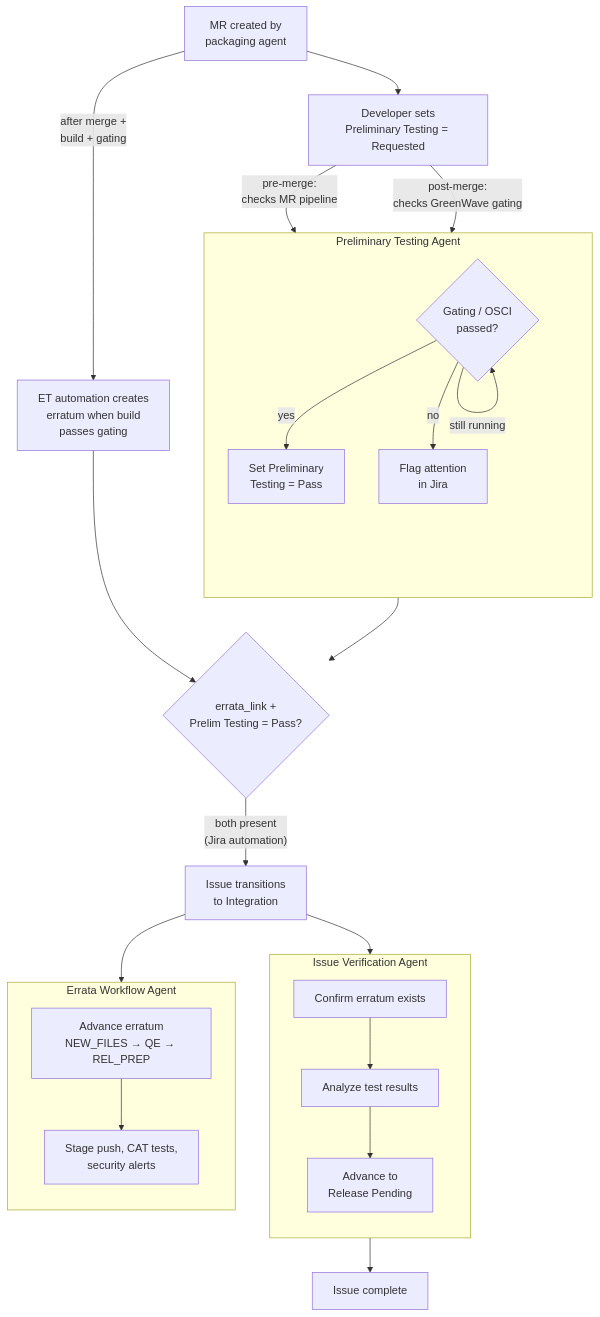
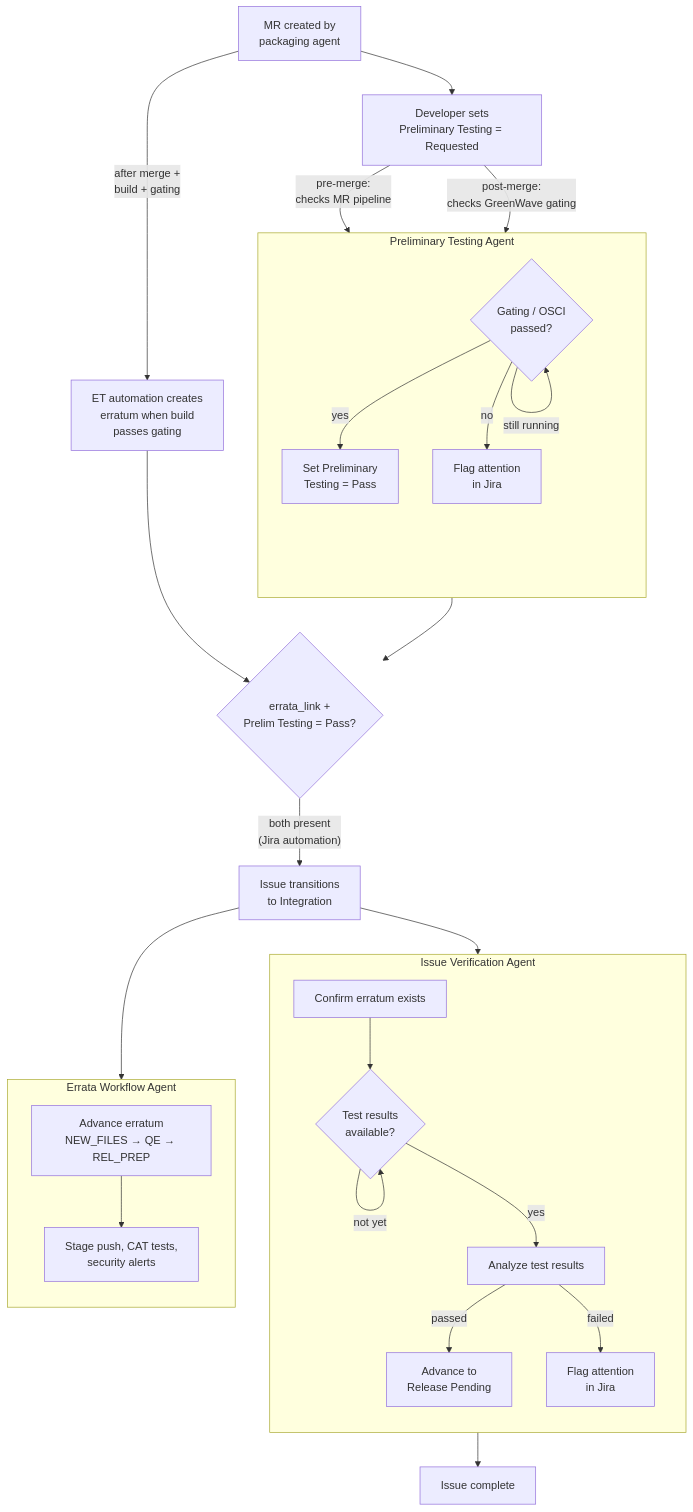
One commit to packit/ai-workflows changed the first of 2 diagrams in docs/qe-agents-overview.md. Above: the diagram before and after it, drawn with Mermaid. The commit also changed other lines of this file, not shown here.

Commit message:
Apply suggestions from review
- Add decision/waiting loop to Issue Verification diagram (matches
  Preliminary Testing structure — both check results, wait, branch)
- Remove erratum ownership check from gaps and agent fixes (Jotnar
  pilot artifact, no longer needed)
- Fix Preliminary Testing table: sets Pass or flags attention, not Fail

````diff
--- a/docs/qe-agents-overview.md
+++ b/docs/qe-agents-overview.md
@@ -27,47 +27,53 @@
 ```mermaid
 flowchart TD
     MR["MR created by\npackaging agent"]
     Requested["Developer sets\nPreliminary Testing = Requested"]
 
     MR --> Requested
 
     subgraph PTA["Preliminary Testing Agent"]
         direction TB
         PTA_Check{"Gating / OSCI\npassed?"}
         PTA_Pass["Set Preliminary\nTesting = Pass"]
         PTA_Fail["Flag attention\nin Jira"]
     end
 
     Requested -->|"pre-merge:\nchecks MR pipeline"| PTA_Check
     Requested -->|"post-merge:\nchecks GreenWave gating"| PTA_Check
     PTA_Check -->|"yes"| PTA_Pass
     PTA_Check -->|"no"| PTA_Fail
     PTA_Check -->|"still running"| PTA_Check
 
     ETAutomation["ET automation creates\nerratum when build\npasses gating"]
     MR -->|"after merge +\nbuild + gating"| ETAutomation
 
     PTA_Pass --> Transition{"errata_link +\nPrelim Testing = Pass?"}
     ETAutomation --> Transition
     Transition -->|"both present\n(Jira automation)"| Integration["Issue transitions\nto Integration"]
 
     subgraph IVA["Issue Verification Agent"]
         direction TB
         IVA_Errata["Confirm erratum exists"]
+        IVA_Check{"Test results\navailable?"}
         IVA_Tests["Analyze test results"]
         IVA_Done["Advance to\nRelease Pending"]
-        IVA_Errata --> IVA_Tests --> IVA_Done
+        IVA_Fail["Flag attention\nin Jira"]
+        IVA_Errata --> IVA_Check
+        IVA_Check -->|"yes"| IVA_Tests
+        IVA_Check -->|"not yet"| IVA_Check
+        IVA_Tests -->|"passed"| IVA_Done
+        IVA_Tests -->|"failed"| IVA_Fail
     end
 
     subgraph EWA["Errata Workflow Agent"]
         direction TB
         EWA_Advance["Advance erratum\nNEW_FILES → QE → REL_PREP"]
         EWA_Checks["Stage push, CAT tests,\nsecurity alerts"]
         EWA_Advance --> EWA_Checks
     end
 
     Integration --> IVA_Errata
     Integration --> EWA_Advance
 
     IVA_Done --> Complete["Issue complete"]
 ```
````
